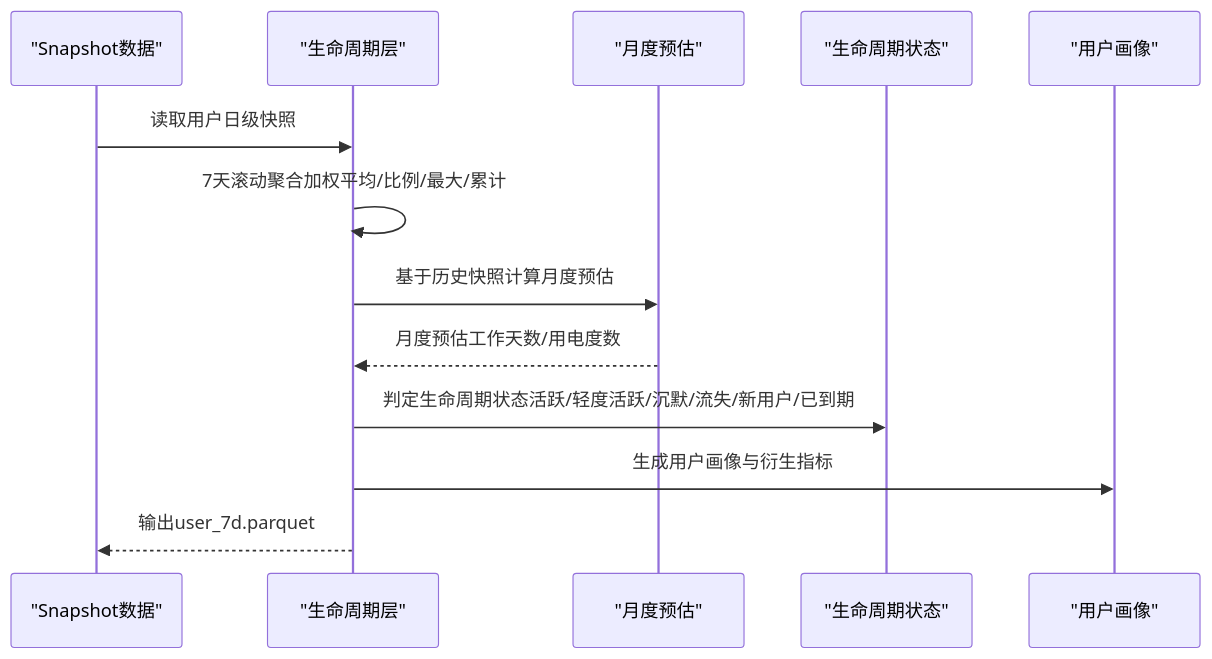
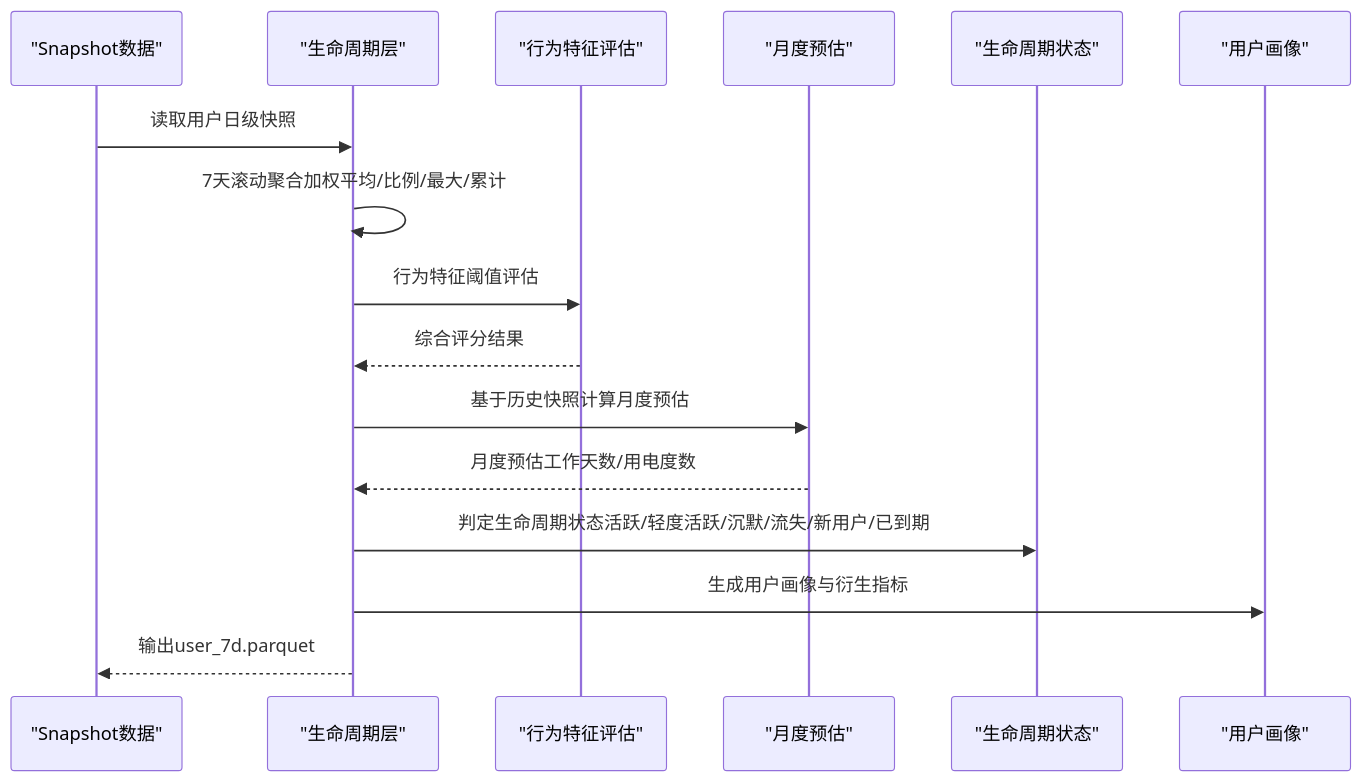
The second of 4 diagrams in .qoder/repowiki/zh/content/系统架构设计/数据流水线架构/L3生命周期层.md (cr71111/User_characteristics_repo), drawn with Mermaid before and after one commit. The commit also changed other lines of this file and 158 other files, not shown here.

````diff
--- a/.qoder/repowiki/zh/content/系统架构设计/数据流水线架构/L3生命周期层.md
+++ b/.qoder/repowiki/zh/content/系统架构设计/数据流水线架构/L3生命周期层.md
@@ -97,15 +126,18 @@
 ```mermaid
 sequenceDiagram
 participant S as "Snapshot数据"
 participant LC as "生命周期层"
+participant BEHAVIOR as "行为特征评估"
 participant M as "月度预估"
 participant L as "生命周期状态"
 participant P as "用户画像"
 S->>LC : 读取用户日级快照
 LC->>LC : 7天滚动聚合加权平均/比例/最大/累计
+LC->>BEHAVIOR : 行为特征阈值评估
+BEHAVIOR-->>LC : 综合评分结果
 LC->>M : 基于历史快照计算月度预估
 M-->>LC : 月度预估工作天数/用电度数
 LC->>L : 判定生命周期状态活跃/轻度活跃/沉默/流失/新用户/已到期
 LC->>P : 生成用户画像与衍生指标
 LC-->>S : 输出user_7d.parquet
 ```
````
